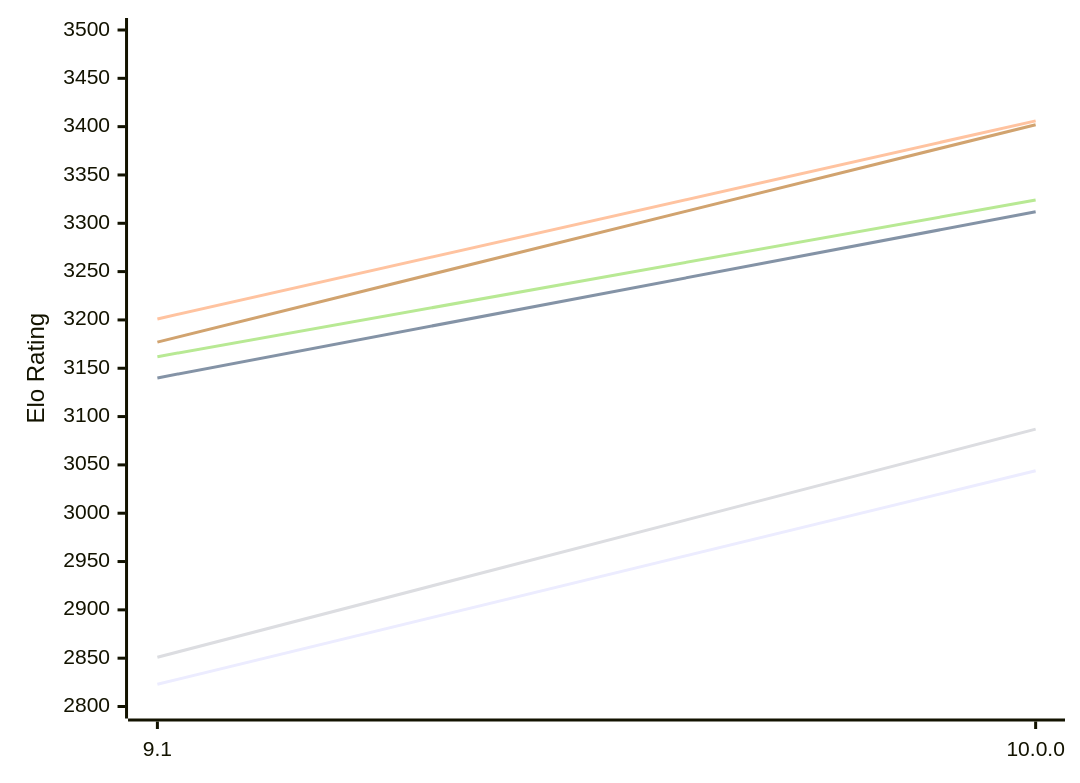
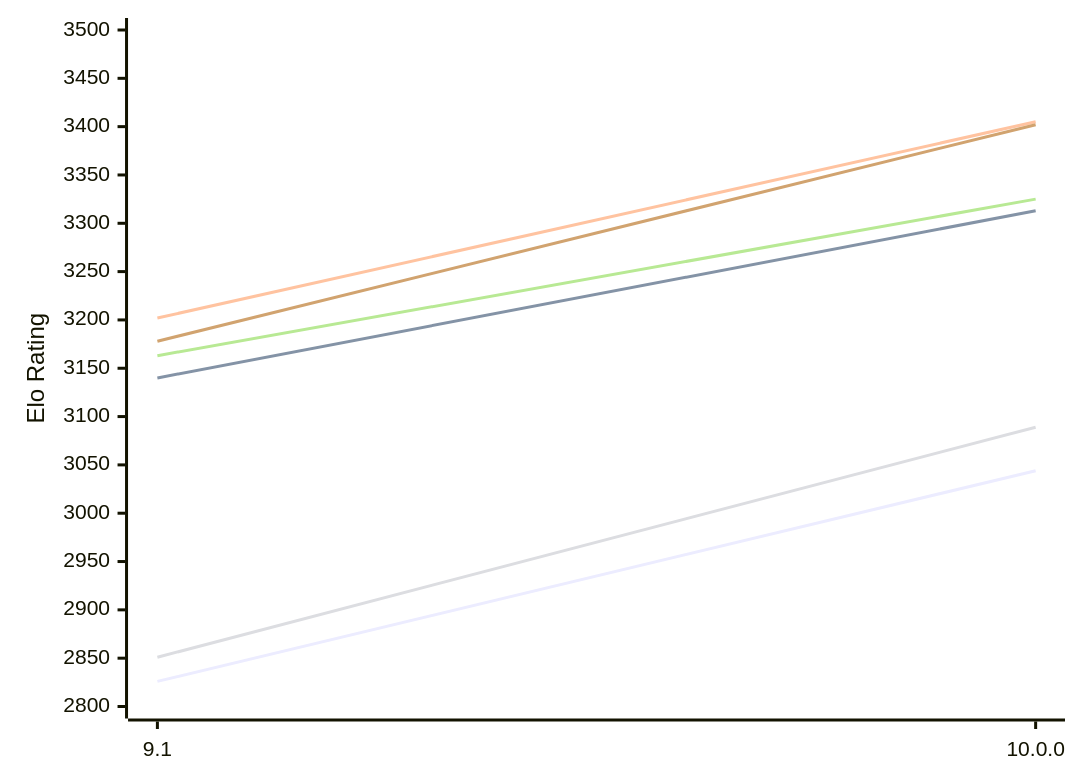
The first of 2 diagrams in engines/Pea.md (computer-chess-index/cci), drawn with Mermaid before and after one commit. The commit also changed other lines of this file, not shown here.

Commit message:
Update CCI Ratings (ELO VLTC) - 2026-11-28

````diff
--- a/engines/Pea.md
+++ b/engines/Pea.md
@@ -58,12 +58,12 @@
 ```mermaid
 %%{init: {"theme":"base","themeVariables":{"seriesColors:['#a3a3a3','#222221','#faa371']}}}%%
 xychart-beta
   x-axis ["9.1", "10.0.0"]
   y-axis "Elo Rating" 2800 --> 3500
-  line "E1: STC (8.0+0.08s)" [2823, 3044]
-  line "E1: LTC (60.0+0.60s)" [3140, 3312]
-  line "E1: VLTC (2m24s+1.12s)" [3201, 3406]
-  line "P1: STC (8.0+0.08s)" [2851, 3087]
-  line "P1: LTC (60.0+0.60s)" [3162, 3324]
-  line "P1: VLTC (2m24s+1.12s)" [3177, 3402]
+  line "E1: STC (8.0+0.08s)" [2826, 3044]
+  line "E1: LTC (60.0+0.60s)" [3140, 3313]
+  line "E1: VLTC (2m24s+1.12s)" [3202, 3405]
+  line "P1: STC (8.0+0.08s)" [2851, 3089]
+  line "P1: LTC (60.0+0.60s)" [3163, 3325]
+  line "P1: VLTC (2m24s+1.12s)" [3178, 3402]
 ```
````
